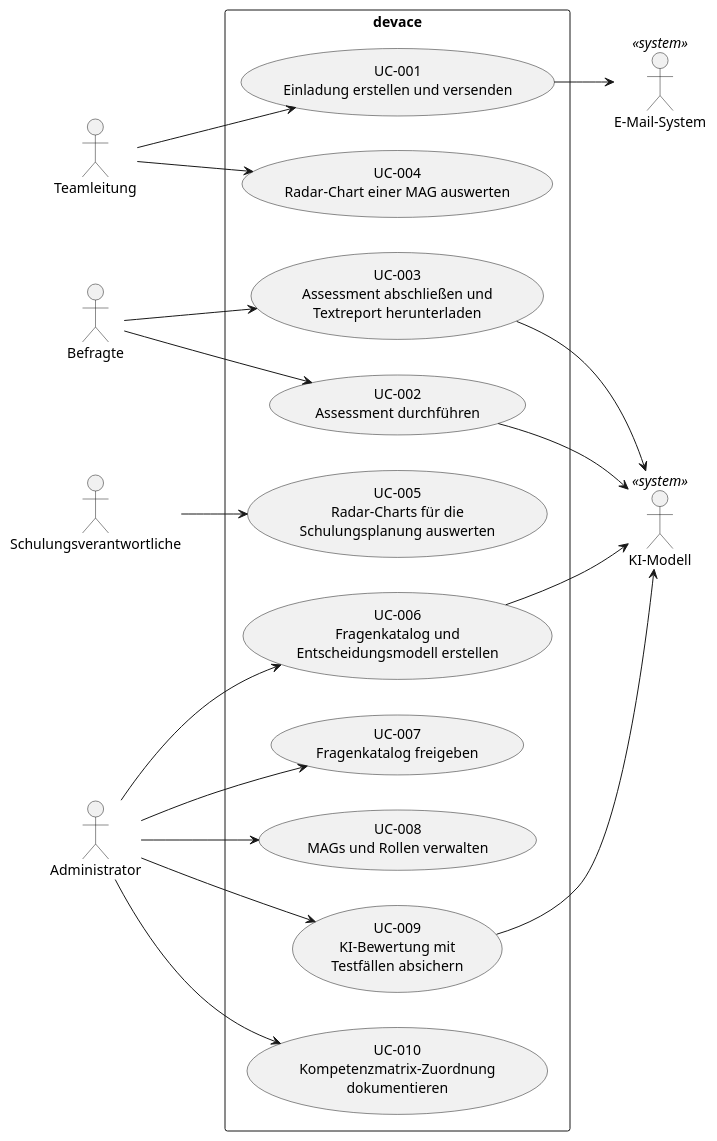
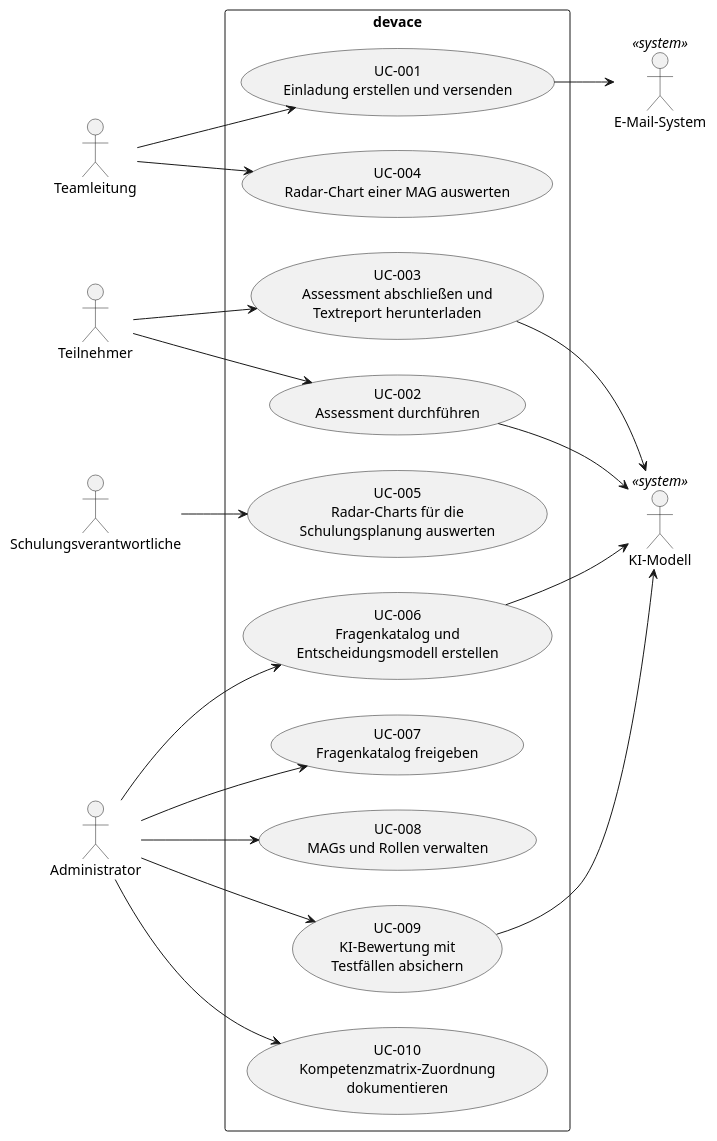
The diagram in docs/use_cases.puml (mrwylan/devace), drawn with PlantUML before and after one commit. The commit also changed 9 other files, not shown here.

First line of the commit message:
Use the term Teilnehmer instead of Befragte throughout the documents

```diff
--- a/docs/use_cases.puml
+++ b/docs/use_cases.puml
@@ -1,51 +1,51 @@
 @startuml Use Cases Overview
 left to right direction
 
 actor "Teamleitung" as teamleitung
-actor "Befragte" as befragte
+actor "Teilnehmer" as teilnehmer
 actor "Schulungsverantwortliche" as schulung
 actor "Administrator" as admin
 actor "KI-Modell" as ki <<system>>
 actor "E-Mail-System" as mail <<system>>
 
 rectangle "devace" {
     ' FR-001, FR-002
     usecase "UC-001\nEinladung erstellen und versenden" as UC001
     ' FR-003, FR-004, FR-005, FR-006
     usecase "UC-002\nAssessment durchführen" as UC002
     ' FR-007, FR-008, FR-009
     usecase "UC-003\nAssessment abschließen und\nTextreport herunterladen" as UC003
     ' FR-010
     usecase "UC-004\nRadar-Chart einer MAG auswerten" as UC004
     ' FR-011
     usecase "UC-005\nRadar-Charts für die\nSchulungsplanung auswerten" as UC005
     ' FR-012, FR-013
     usecase "UC-006\nFragenkatalog und\nEntscheidungsmodell erstellen" as UC006
     ' FR-014
     usecase "UC-007\nFragenkatalog freigeben" as UC007
     ' FR-015
     usecase "UC-008\nMAGs und Rollen verwalten" as UC008
     ' FR-016
     usecase "UC-009\nKI-Bewertung mit\nTestfällen absichern" as UC009
     ' FR-017
     usecase "UC-010\nKompetenzmatrix-Zuordnung\ndokumentieren" as UC010
 }
 
 teamleitung --> UC001
 teamleitung --> UC004
-befragte --> UC002
-befragte --> UC003
+teilnehmer --> UC002
+teilnehmer --> UC003
 schulung --> UC005
 admin --> UC006
 admin --> UC007
 admin --> UC008
 admin --> UC009
 admin --> UC010
 
 UC001 --> mail
 UC002 --> ki
 UC003 --> ki
 UC006 --> ki
 UC009 --> ki
 
 @enduml
```
